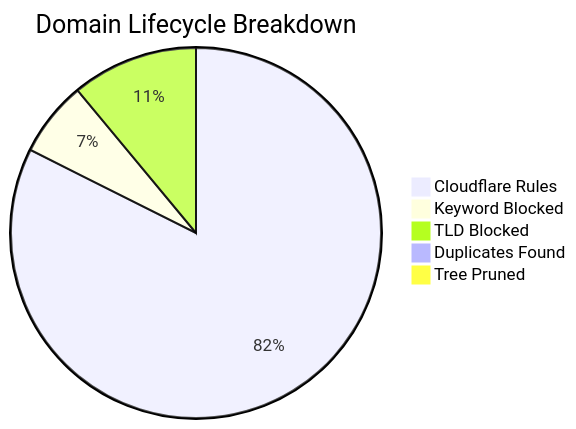
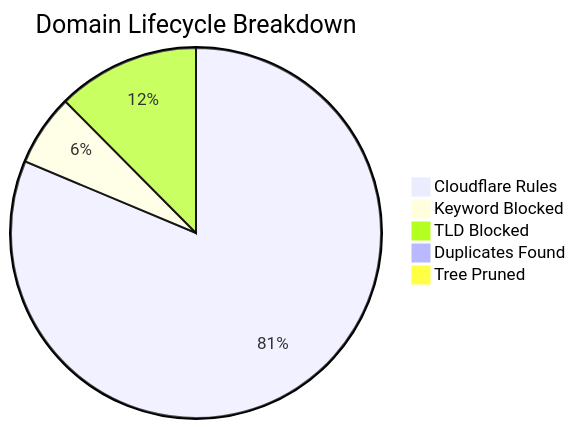
One commit to brojangles24/Cloudflare-ZeroTrust-AdBlock changed the diagram in README_STATS.md. Above: the diagram before and after it, drawn with Mermaid. The commit also changed other lines of this file and 1 other file, not shown here.

````diff
--- a/README_STATS.md
+++ b/README_STATS.md
@@ -5,8 +5,8 @@
 ```mermaid
 pie title Domain Lifecycle Breakdown
-    "Cloudflare Rules" : 332244
-    "Keyword Blocked" : 26482
-    "TLD Blocked" : 44460
-    "Duplicates Found" : 1480
-    "Tree Pruned" : 2627
+    "Cloudflare Rules" : 345055
+    "Keyword Blocked" : 26493
+    "TLD Blocked" : 52795
+    "Duplicates Found" : 1233
+    "Tree Pruned" : 950
 ```
````
